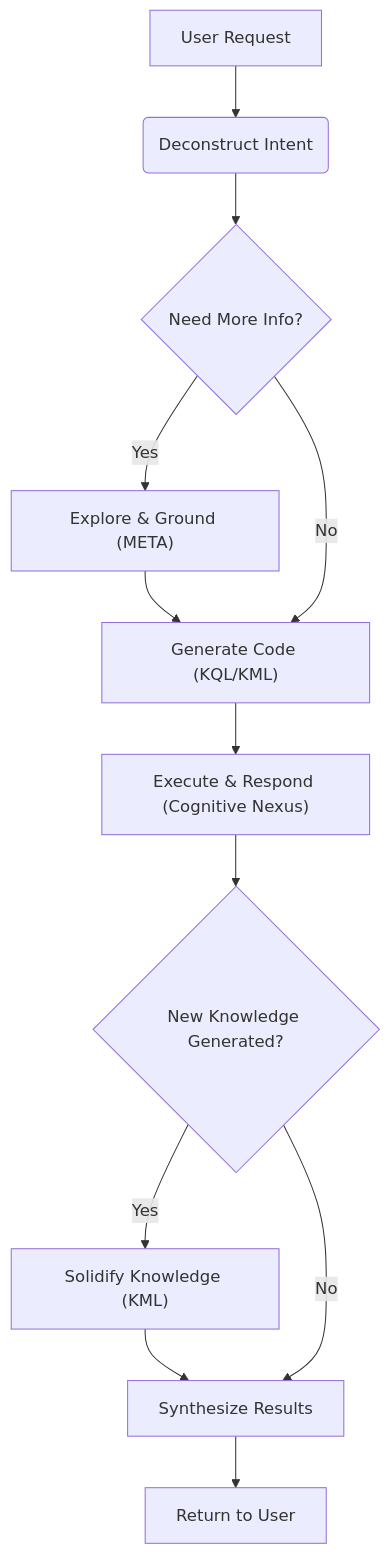
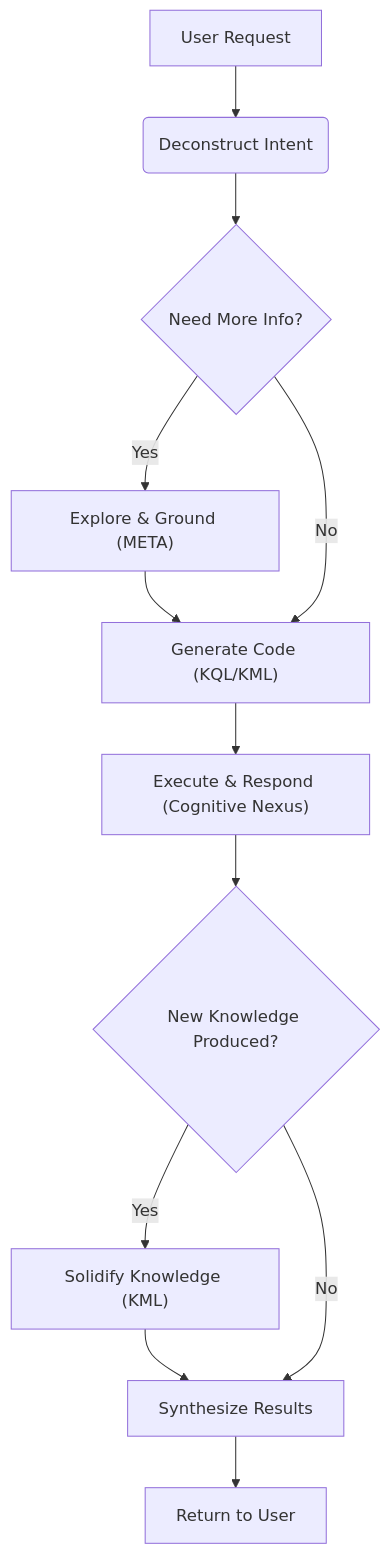
Before and after one commit to ldclabs/KIP: the second of 2 diagrams in README.md, drawn with Mermaid. The commit also changed other lines of this file and 4 other files, not shown here.

````diff
--- a/README.md
+++ b/README.md
@@ -922,14 +915,14 @@
 ```mermaid
 graph TD
     A[User Request] --> B(Deconstruct Intent);
     B --> C{Need More Info?};
     C -- Yes --> D["Explore & Ground (META)"];
     D --> E["Generate Code (KQL/KML)"];
     C -- No --> E;
     E --> F["Execute & Respond (Cognitive Nexus)"];
-    F --> G{New Knowledge Generated?};
+    F --> G{New Knowledge Produced?};
     G -- Yes --> H["Solidify Knowledge (KML)"];
     H --> I[Synthesize Results];
     G -- No --> I;
     I --> J[Return to User];
 ```
````
